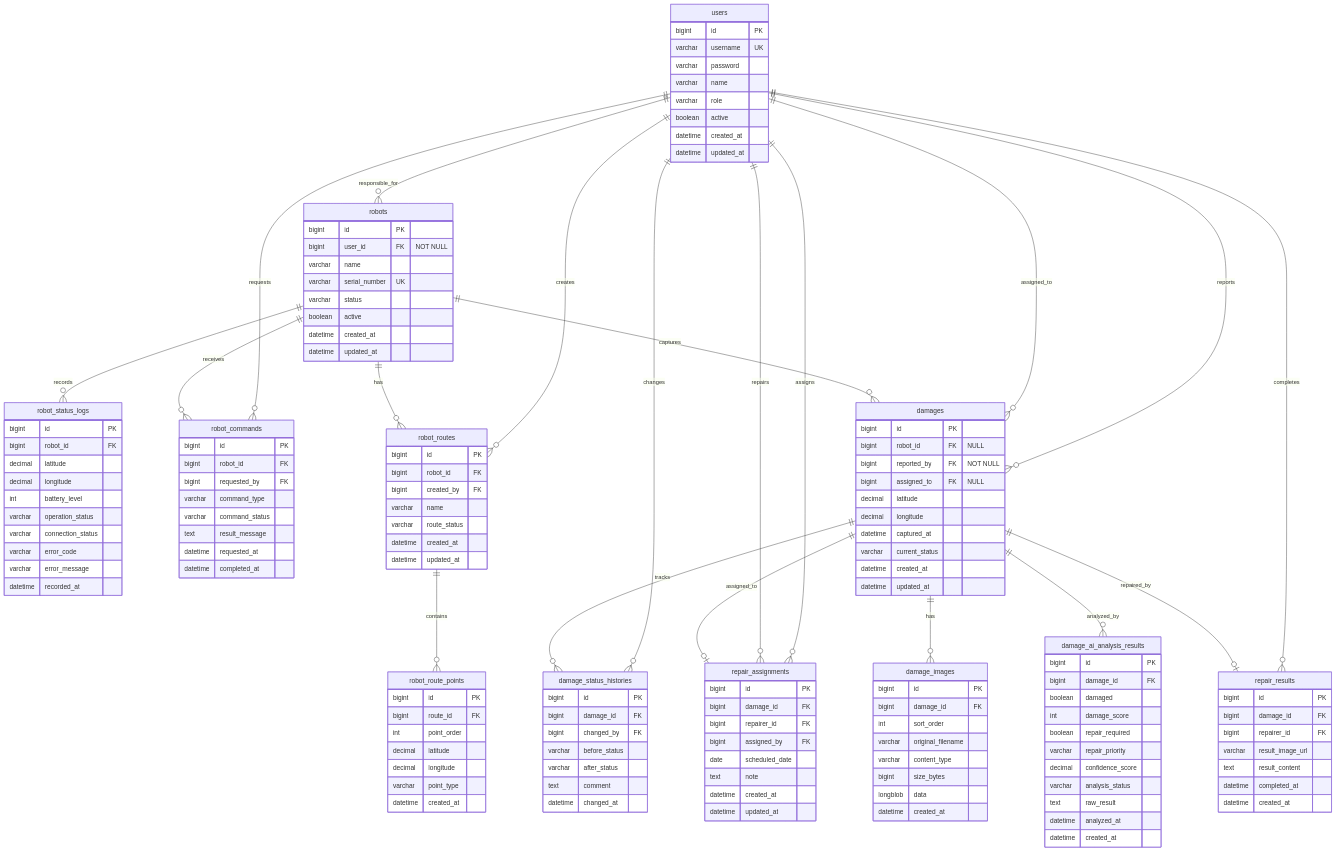
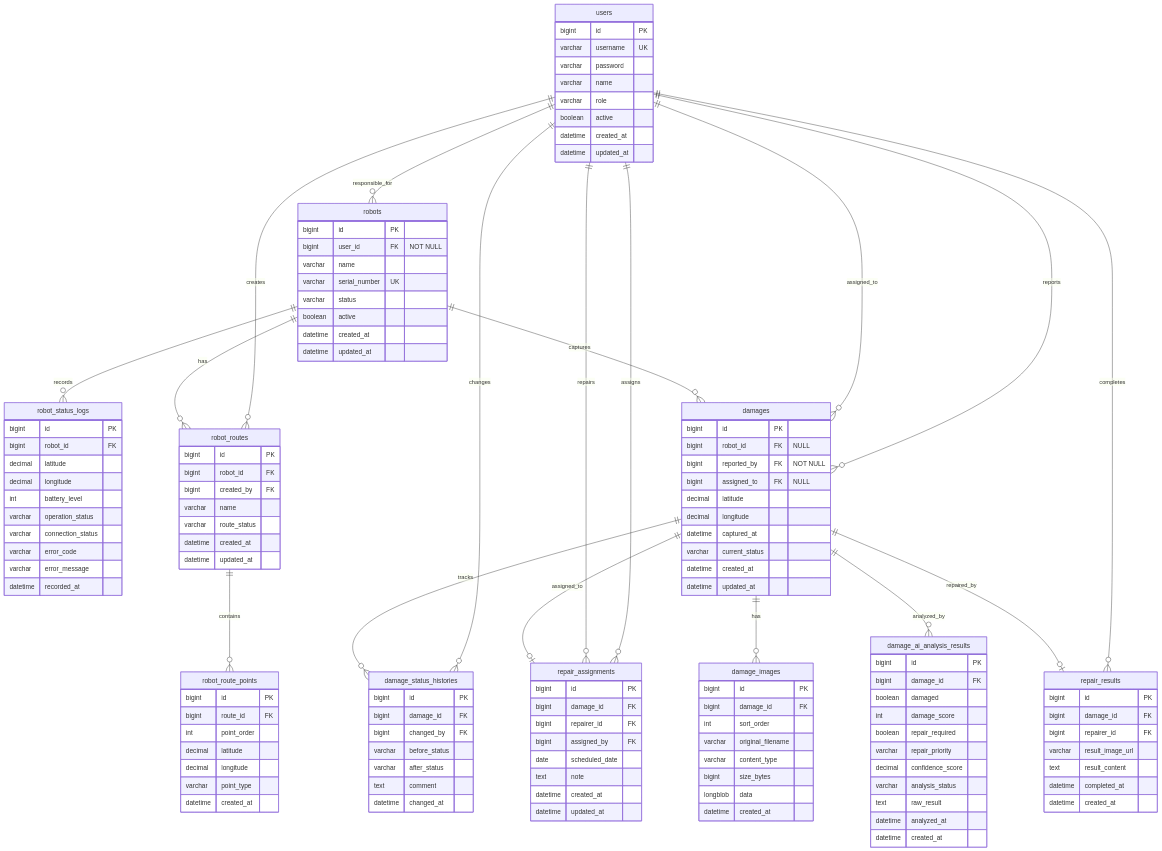
One commit to kky107102/Roady changed the diagram in Roady_BE/docs/erd.md. Above: the diagram before and after it, drawn with Mermaid. The commit also changed other lines of this file and 78 other files, not shown here.

```diff
--- a/Roady_BE/docs/erd.md
+++ b/Roady_BE/docs/erd.md
@@ -79,17 +76,6 @@
         varchar error_code
         varchar error_message
         datetime recorded_at
-    }
-
-    robot_commands {
-        bigint id PK
-        bigint robot_id FK
-        bigint requested_by FK
-        varchar command_type
-        varchar command_status
-        text result_message
-        datetime requested_at
-        datetime completed_at
     }
 
     robot_routes {
@@ -187,12 +173,10 @@
     users ||--o{ repair_assignments : repairs
     users ||--o{ repair_results : completes
     users ||--o{ robots : responsible_for
-    users ||--o{ robot_commands : requests
     users ||--o{ damages : reports
     users ||--o{ damages : assigned_to
 
     robots ||--o{ robot_status_logs : records
-    robots ||--o{ robot_commands : receives
     robots ||--o{ robot_routes : has
     robots ||--o{ damages : captures
 
```
